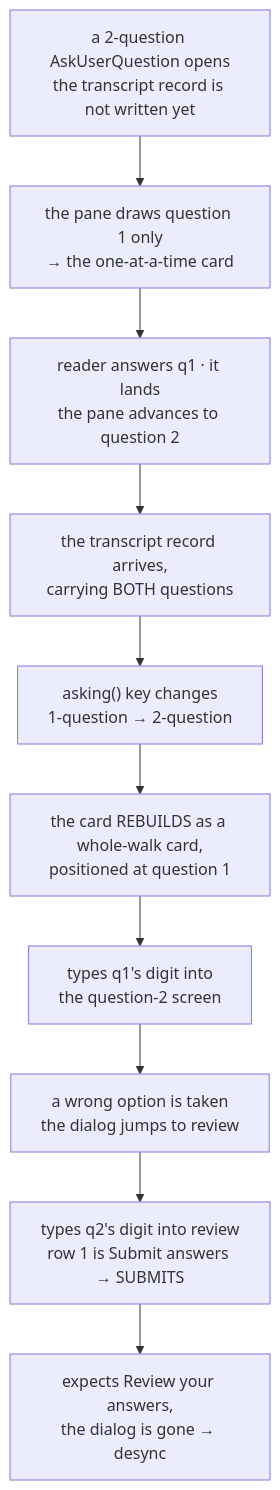
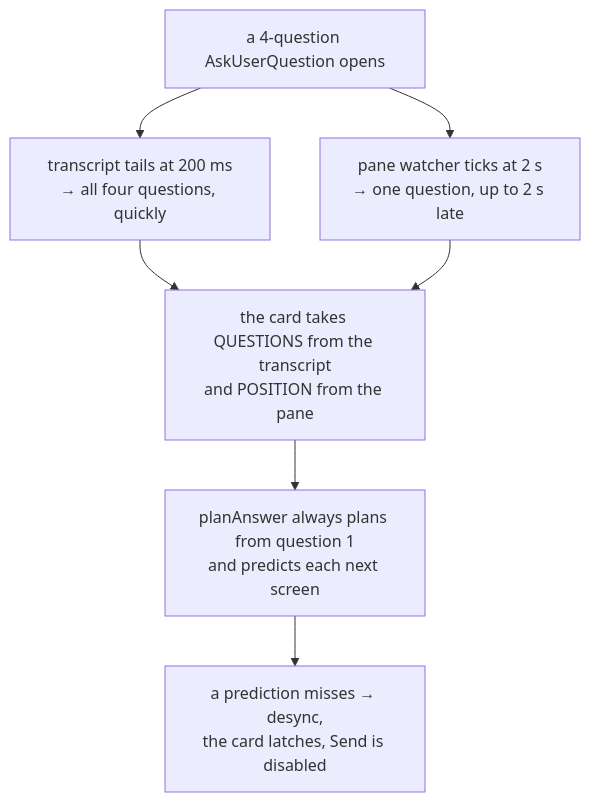
Before and after one commit to ViktorBarzin/terminal-lobby: the first of 2 diagrams in docs/plans/2026-09-10-text-mode-answers-dialogs-design.md, drawn with Mermaid. The commit also changed other lines of this file, not shown here.

First line of the commit message:
docs(plans): replace the guesswork with the field data

````diff
--- a/docs/plans/2026-09-10-text-mode-answers-dialogs-design.md
+++ b/docs/plans/2026-09-10-text-mode-answers-dialogs-design.md
@@ -47,14 +94,12 @@
 ```mermaid
 flowchart TD
-    A["a 2-question AskUserQuestion opens<br/>the transcript record is not written yet"]
-    B["the pane draws question 1 only<br/>→ the one-at-a-time card"]
-    C["reader answers q1 · it lands<br/>the pane advances to question 2"]
-    D["the transcript record arrives,<br/>carrying BOTH questions"]
-    E["asking() key changes<br/>1-question → 2-question"]
-    F["the card REBUILDS as a whole-walk card,<br/>positioned at question 1"]
-    G["types q1's digit into<br/>the question-2 screen"]
-    H["a wrong option is taken<br/>the dialog jumps to review"]
-    I["types q2's digit into review<br/>row 1 is Submit answers → SUBMITS"]
-    J["expects Review your answers,<br/>the dialog is gone → desync"]
-    A --> B --> C --> D --> E --> F --> G --> H --> I --> J
+    A["a 4-question AskUserQuestion opens"]
+    B["transcript tails at 200 ms<br/>→ all four questions, quickly"]
+    C["pane watcher ticks at 2 s<br/>→ one question, up to 2 s late"]
+    D["the card takes QUESTIONS from the transcript<br/>and POSITION from the pane"]
+    E["planAnswer always plans from question 1<br/>and predicts each next screen"]
+    F["a prediction misses → desync,<br/>the card latches, Send is disabled"]
+    A --> B --> D
+    A --> C --> D
+    D --> E --> F
 ```
````
